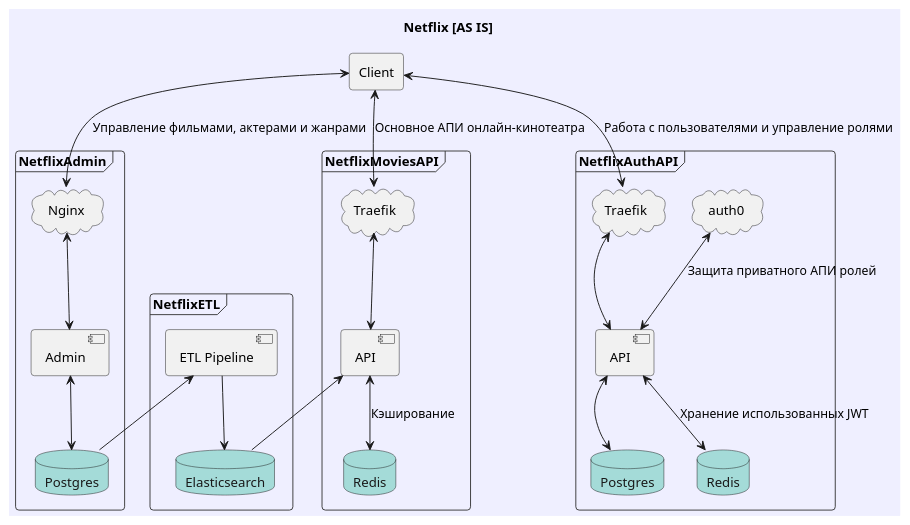
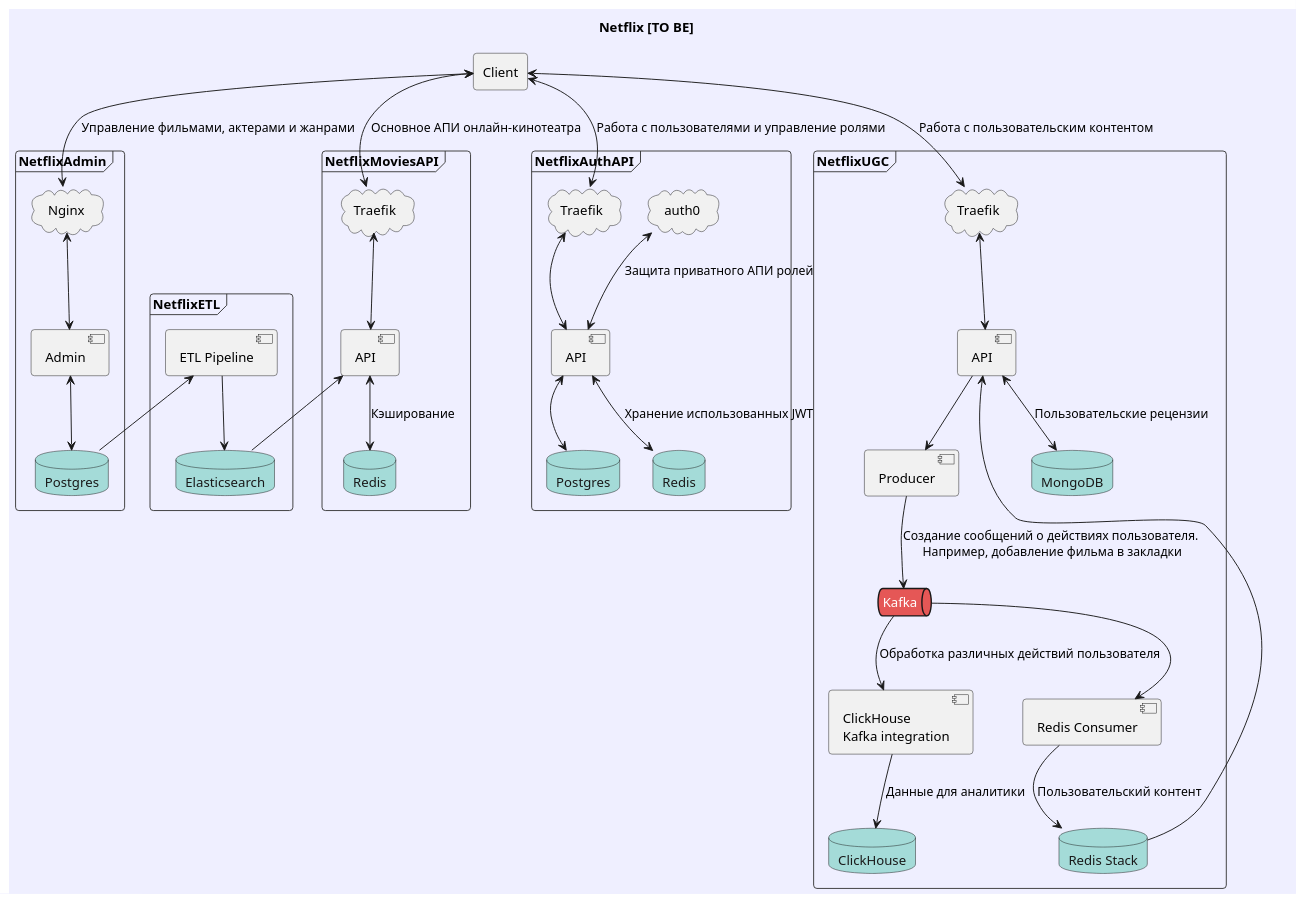
The diagram in docs/diagrams/as_is.puml (ReznikovRoman/netflix-notifications), drawn with PlantUML before and after one commit. The commit also changed 1 other file, not shown here.

Commit message:
#8: docs: update `as_is` uml diagram

```diff
--- a/docs/diagrams/as_is.puml
+++ b/docs/diagrams/as_is.puml
@@ -1,54 +1,77 @@
 @startuml
 !theme mars
 skinparam componentStyle uml2
 skinparam defaultFontName Segoe UI
 skinparam backgroundColor motivation
 
-title Netflix [AS IS]
+title Netflix [TO BE]
 
 agent "Client" as base_client
 
 frame NetflixAdmin {
     cloud "Nginx" as nginx_admin
     component "Admin" as admin_admin
     database "Postgres" as postgres_admin
 
     nginx_admin <-down-> admin_admin
     admin_admin <-down-> postgres_admin
 }
 
 frame NetflixETL {
     database "Elasticsearch" as elasticsearch_etl
     component "ETL Pipeline" as etl_pipeline
 
     etl_pipeline <-down- postgres_admin
     etl_pipeline -down-> elasticsearch_etl
 }
 
 frame NetflixMoviesAPI {
     cloud "Traefik" as traefik_movies
     component "API" as api_movies
     database "Redis" as redis_movies
 
     api_movies <-up-> traefik_movies
     api_movies <-down- elasticsearch_etl
     api_movies <-down-> redis_movies: "Кэширование"
 }
 
 frame NetflixAuthAPI {
     cloud "Traefik" as traefik_auth
     cloud "auth0" as auth0_auth
     component "API" as api_auth
     database "Postgres" as postgres_auth
     database "Redis" as redis_auth
 
     api_auth <-up-> traefik_auth
     api_auth <-up-> auth0_auth: "Защита приватного АПИ ролей"
     api_auth <-down-> postgres_auth
     api_auth <-down-> redis_auth: "Хранение использованных JWT"
 }
 
+frame NetflixUGC {
+    cloud "Traefik" as traefik_ugc
+    component "API" as api_ugc
+    component "ClickHouse \nKafka integration" as consumer_clickhouse
+    component "Redis Consumer" as consumer_ugc_redis
+    component "Producer" as producer_ugc
+    queue "Kafka" as kafka_ugc
+    database "Redis Stack" as redis_stack_ugc
+    database "MongoDB" as mongo_ugc
+    database "ClickHouse" as clickhouse_ugc
+
+    api_ugc <-up-> traefik_ugc
+    api_ugc <-down- redis_stack_ugc
+    api_ugc <-down-> mongo_ugc: "Пользовательские рецензии"
+    api_ugc -down-> producer_ugc
+    producer_ugc -down-> kafka_ugc: "Создание сообщений о действиях пользователя. \nНапример, добавление фильма в закладки"
+    kafka_ugc -down-> consumer_ugc_redis
+    consumer_ugc_redis -down-> redis_stack_ugc: "Пользовательский контент"
+    kafka_ugc -down-> consumer_clickhouse: "Обработка различных действий пользователя"
+    consumer_clickhouse -down-> clickhouse_ugc: "Данные для аналитики"
+}
+
 base_client <-down-> nginx_admin: "Управление фильмами, актерами и жанрами"
 base_client <-down-> traefik_movies: "Основное АПИ онлайн-кинотеатра"
 base_client <-down-> traefik_auth: "Работа с пользователями и управление ролями"
+base_client <-down-> traefik_ugc: "Работа с пользовательским контентом"
 @enduml
```
